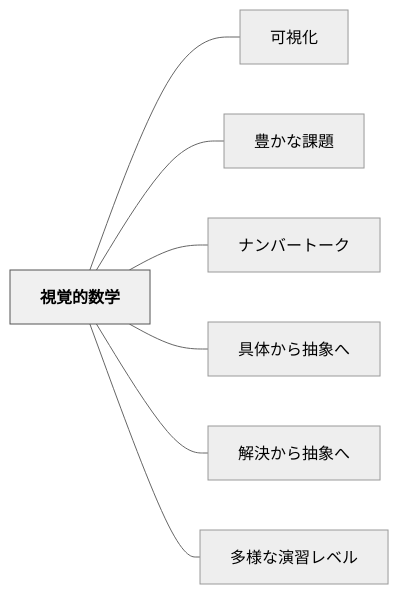
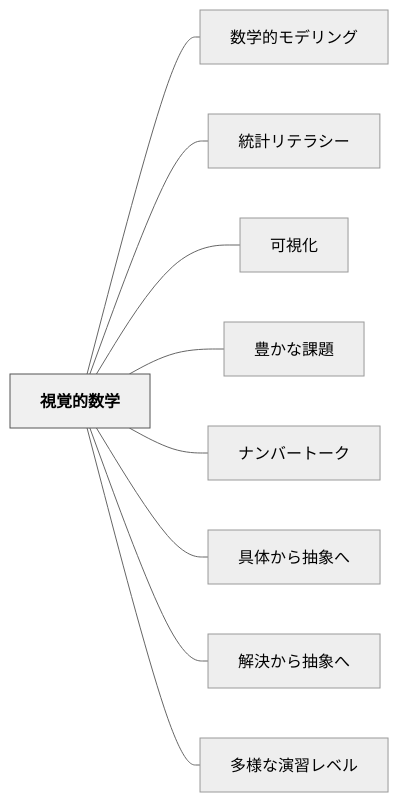
The diagram in content/パタン/視覚的数学.md (unknownthings-ed-patterns/unknownthings-ed-patterns), drawn with Mermaid (neutral theme) before and after one commit. The commit also changed other lines of this file and 473 other files, not shown here.

````diff
--- a/content/パタン/視覚的数学.md
+++ b/content/パタン/視覚的数学.md
@@ -101,20 +103,24 @@
 ```mermaid
 flowchart LR
     ne8a696e8a69a["視覚的数学"]
+    ne695b0e5ada6["数学的モデリング"]
+    ne7b5b1e8a888["統計リテラシー"]
     ne58fafe8a696["可視化"]
     ne8b18ae3818b["豊かな課題"]
     ne3838ae383b3["ナンバートーク"]
     ne585b7e4bd93["具体から抽象へ"]
     ne8a7a3e6b1ba["解決から抽象へ"]
     ne5a49ae6a798["多様な演習レベル"]
 
+    ne8a696e8a69a --- ne695b0e5ada6
+    ne8a696e8a69a --- ne7b5b1e8a888
     ne8a696e8a69a --- ne58fafe8a696
     ne8a696e8a69a --- ne8b18ae3818b
     ne8a696e8a69a --- ne3838ae383b3
     ne8a696e8a69a --- ne585b7e4bd93
     ne8a696e8a69a --- ne8a7a3e6b1ba
     ne8a696e8a69a --- ne5a49ae6a798
 
     classDef hub fill:#f0f0f0,stroke:#555,color:#000,font-weight:bold
     class ne8a696e8a69a hub
 ```
````
